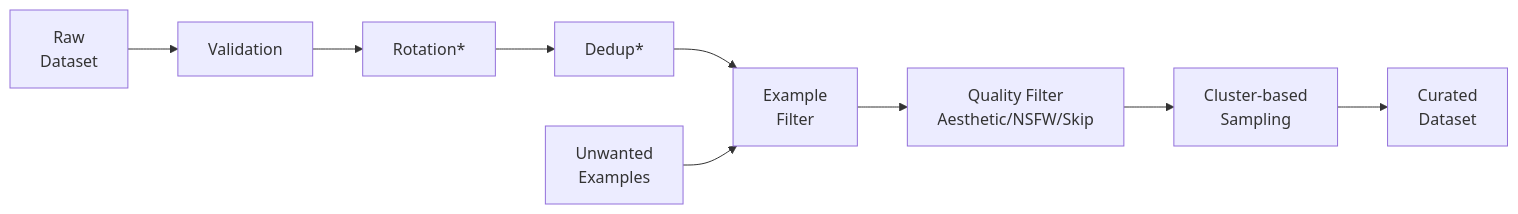
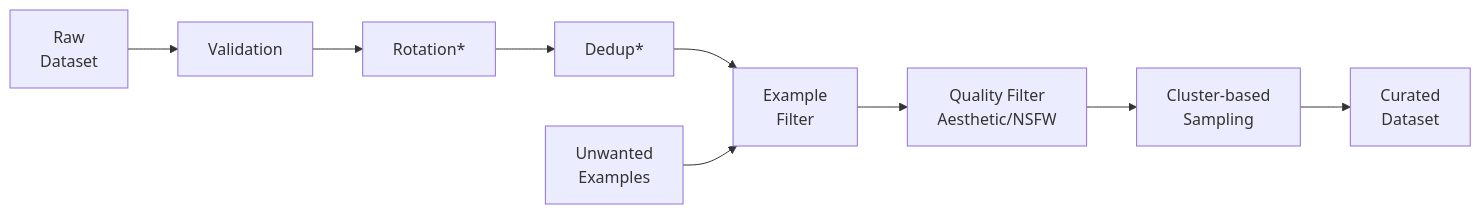
One commit to birder-project/vision-data-curation changed the diagram in README.md. Above: the diagram before and after it, drawn with Mermaid. The commit also changed 11 other files, not shown here.

````diff
--- a/README.md
+++ b/README.md
@@ -31,12 +31,12 @@
 ```mermaid
 flowchart LR
     A[Raw<br/>Dataset] --> V[Validation]
     V --> R[Rotation*]
     R --> D[Dedup*]
     D --> E[Example<br/>Filter]
-    E --> Q[Quality Filter<br/>Aesthetic/NSFW/Skip]
+    E --> Q[Quality Filter<br/>Aesthetic/NSFW]
     Q --> S[Cluster-based<br/>Sampling]
     S --> F[Curated<br/>Dataset]
 
     U[Unwanted<br/>Examples] --> E
 ```
````
